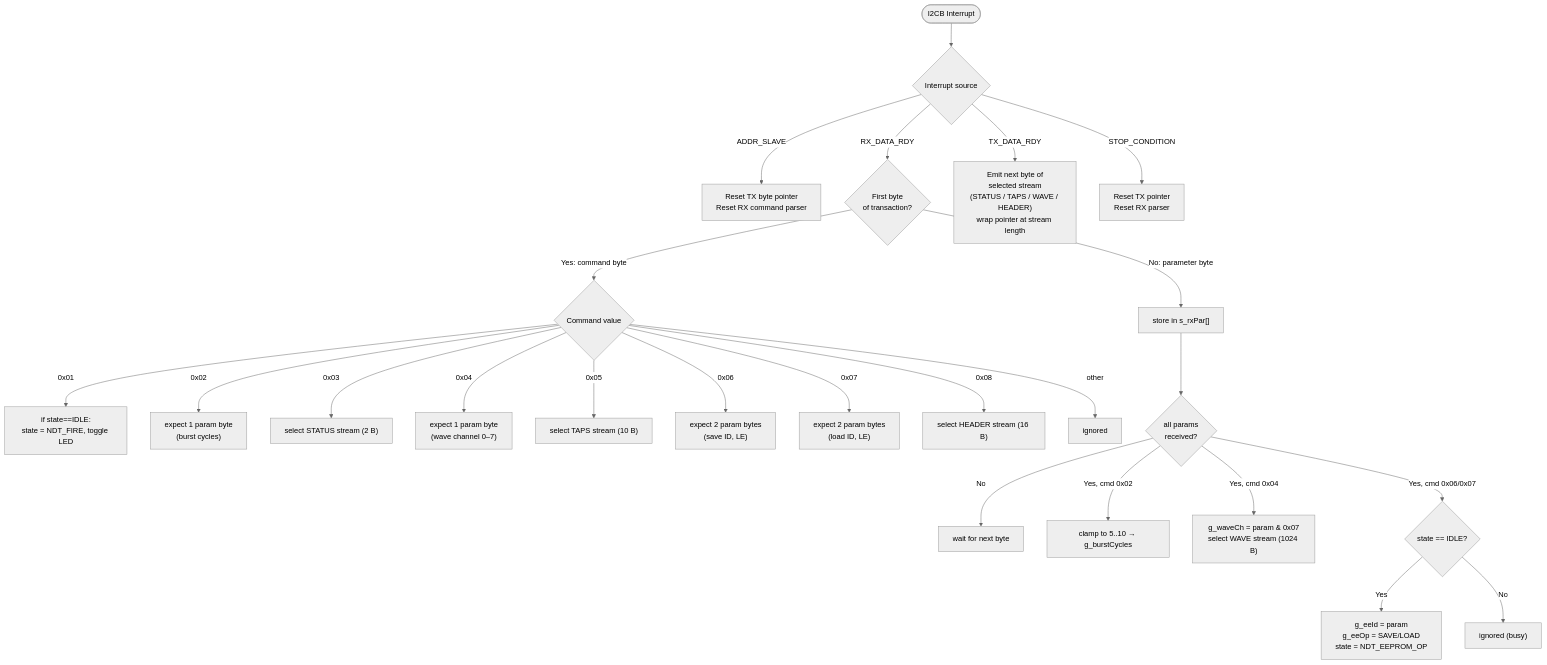
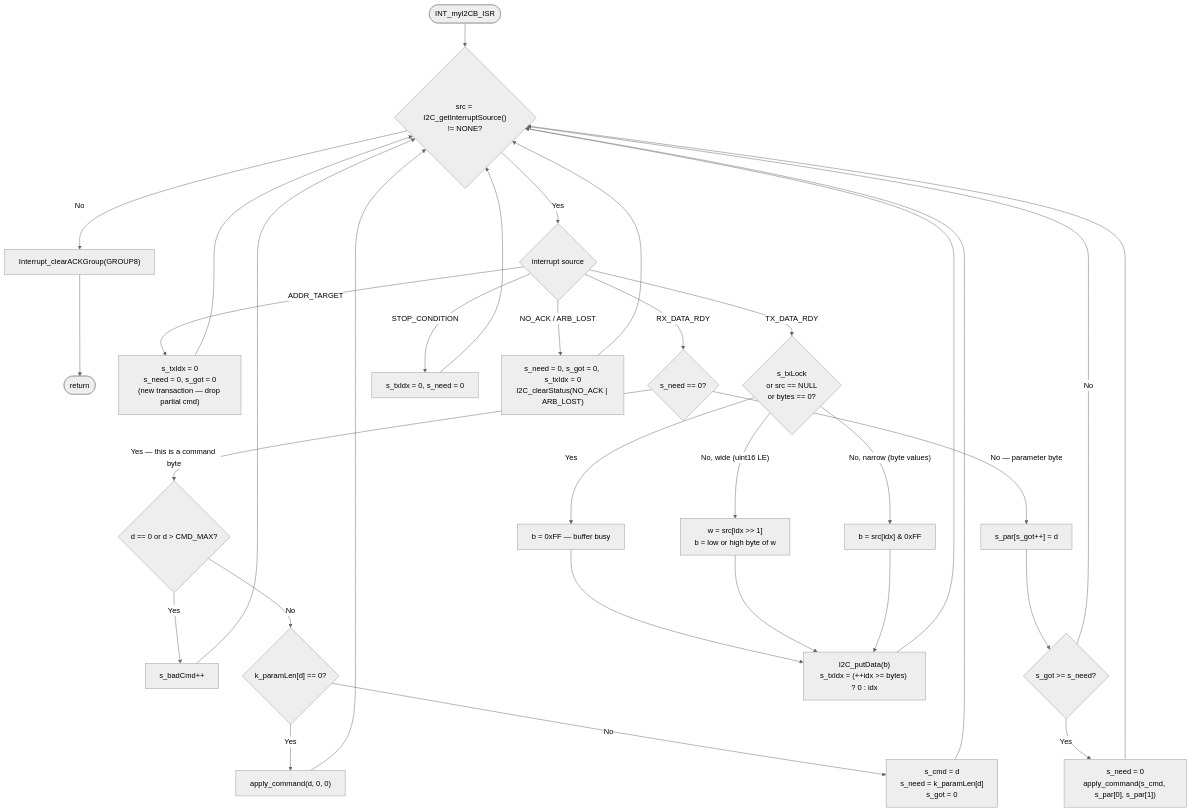
The tenth of 14 diagrams in flowchart.md (Yunus911me/NDT_AUXILIARY), drawn with Mermaid (neutral theme) before and after one commit. The commit also changed other lines of this file and 1 other file, not shown here.

````diff
--- a/flowchart.md
+++ b/flowchart.md
@@ -75,31 +293,32 @@
 ```mermaid
 flowchart TD
-    S(["I2CB Interrupt"]) --> T{"Interrupt source"}
+    S(["INT_myI2CB_ISR"]) --> L{"src = I2C_getInterruptSource()<br/>!= NONE?"}
+    L -->|No| ZZ["Interrupt_clearACKGroup(GROUP8)"] --> ZE([return])
 
-    T -->|ADDR_SLAVE| U["Reset TX byte pointer\nReset RX command parser"]
+    L -->|Yes| T{"interrupt source"}
 
-    T -->|RX_DATA_RDY| V{"First byte\nof transaction?"}
-    V -->|"Yes: command byte"| W{"Command value"}
-    W -->|0x01| W1["if state==IDLE:\nstate = NDT_FIRE, toggle LED"]
-    W -->|0x02| W2["expect 1 param byte\n(burst cycles)"]
-    W -->|0x03| W3["select STATUS stream (2 B)"]
-    W -->|0x04| W4["expect 1 param byte\n(wave channel 0–7)"]
-    W -->|0x05| W5["select TAPS stream (10 B)"]
-    W -->|0x06| W6["expect 2 param bytes\n(save ID, LE)"]
-    W -->|0x07| W7["expect 2 param bytes\n(load ID, LE)"]
-    W -->|0x08| W8["select HEADER stream (16 B)"]
-    W -->|other| W9["ignored"]
+    T -->|ADDR_TARGET| U["s_txIdx = 0<br/>s_need = 0, s_got = 0<br/>(new transaction — drop partial cmd)"] --> L
 
-    V -->|"No: parameter byte"| X["store in s_rxPar[]"]
-    X --> X1{"all params\nreceived?"}
-    X1 -->|No| X2["wait for next byte"]
-    X1 -->|Yes, cmd 0x02| X3["clamp to 5..10 → g_burstCycles"]
-    X1 -->|Yes, cmd 0x04| X4["g_waveCh = param & 0x07\nselect WAVE stream (1024 B)"]
-    X1 -->|Yes, cmd 0x06/0x07| X5{"state == IDLE?"}
-    X5 -->|Yes| X6["g_eeId = param\ng_eeOp = SAVE/LOAD\nstate = NDT_EEPROM_OP"]
-    X5 -->|No| X7["ignored (busy)"]
+    T -->|RX_DATA_RDY| V{"s_need == 0?"}
+    V -->|"Yes — this is a command byte"| W{"d == 0 or d > CMD_MAX?"}
+    W -->|Yes| W0["s_badCmd++"] --> L
+    W -->|No| W1{"k_paramLen[d] == 0?"}
+    W1 -->|Yes| W2["apply_command(d, 0, 0)"] --> L
+    W1 -->|No| W3["s_cmd = d<br/>s_need = k_paramLen[d]<br/>s_got = 0"] --> L
 
-    T -->|TX_DATA_RDY| Y["Emit next byte of\nselected stream\n(STATUS / TAPS / WAVE / HEADER)\nwrap pointer at stream length"]
+    V -->|"No — parameter byte"| X["s_par[s_got++] = d"]
+    X --> X1{"s_got >= s_need?"}
+    X1 -->|No| L
+    X1 -->|Yes| X2["s_need = 0<br/>apply_command(s_cmd, s_par[0], s_par[1])"] --> L
 
-    T -->|STOP_CONDITION| Z["Reset TX pointer\nReset RX parser"]
+    T -->|TX_DATA_RDY| Y{"s_txLock<br/>or src == NULL<br/>or bytes == 0?"}
+    Y -->|Yes| Y1["b = 0xFF — buffer busy"]
+    Y -->|"No, wide (uint16 LE)"| Y2["w = src[idx >> 1]<br/>b = low or high byte of w"]
+    Y -->|"No, narrow (byte values)"| Y3["b = src[idx] & 0xFF"]
+    Y1 --> Y4
+    Y2 --> Y4
+    Y3 --> Y4["I2C_putData(b)<br/>s_txIdx = (++idx >= bytes) ? 0 : idx"] --> L
+
+    T -->|STOP_CONDITION| Z["s_txIdx = 0, s_need = 0"] --> L
+    T -->|"NO_ACK / ARB_LOST"| Z2["s_need = 0, s_got = 0, s_txIdx = 0<br/>I2C_clearStatus(NO_ACK | ARB_LOST)"] --> L
 ```
````
